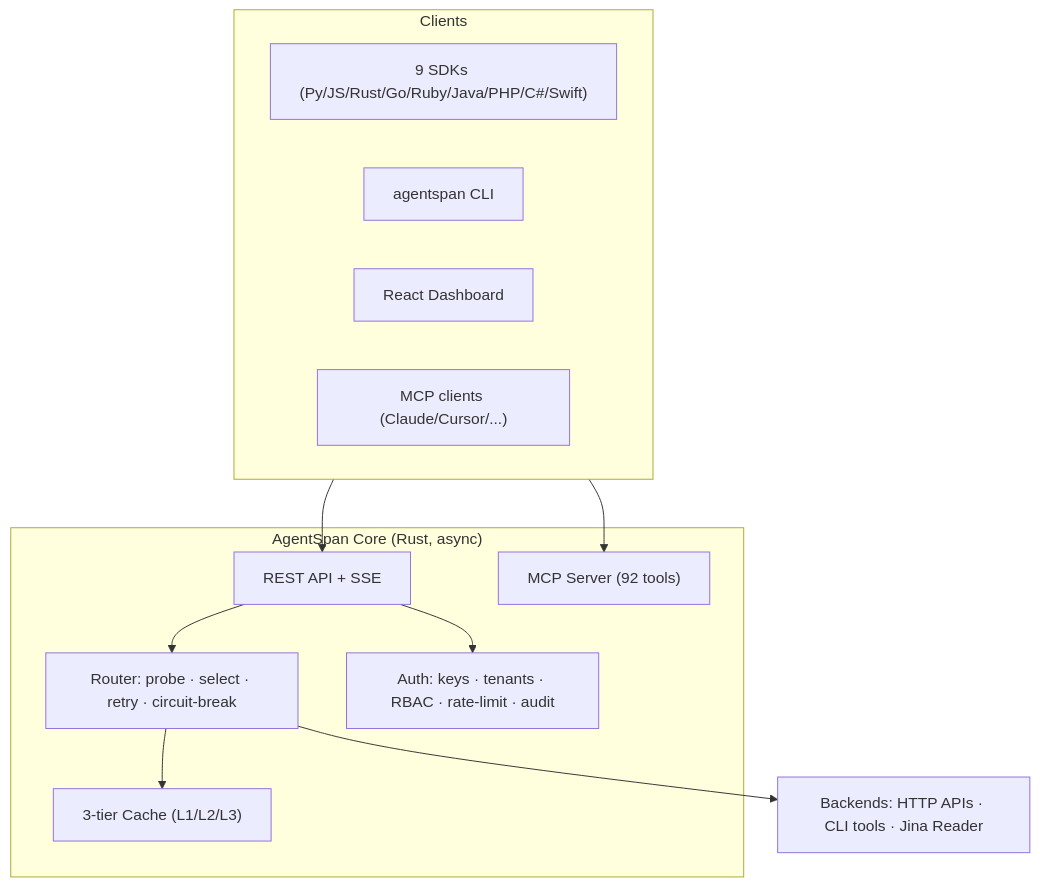
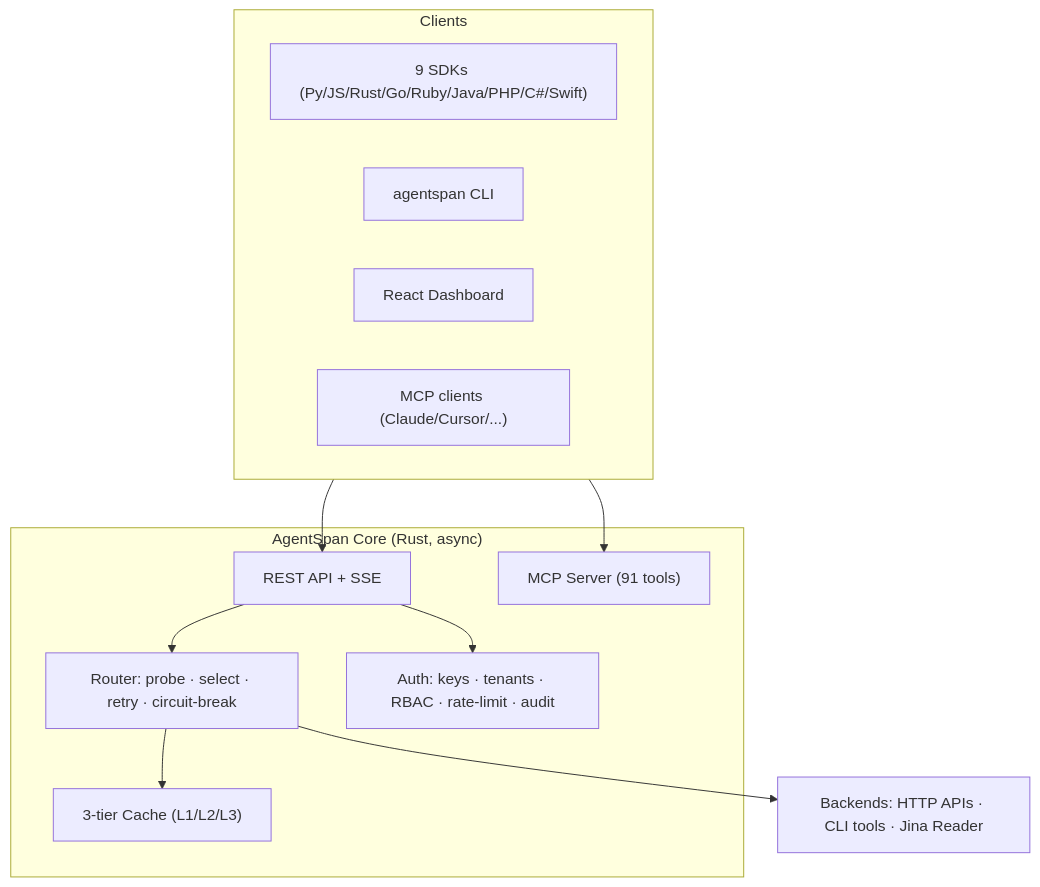
The diagram in README.md (oxbshw/Agent-Span), drawn with Mermaid before and after one commit. The commit also changed other lines of this file and 15 other files, not shown here.

````diff
--- a/README.md
+++ b/README.md
@@ -97,21 +97,21 @@
 ```mermaid
 flowchart TD
     subgraph Clients
       SDKs["9 SDKs (Py/JS/Rust/Go/Ruby/Java/PHP/C#/Swift)"]
       CLI["agentspan CLI"]
       Dash["React Dashboard"]
       MCP["MCP clients (Claude/Cursor/...)"]
     end
     subgraph Gateway["AgentSpan Core (Rust, async)"]
       API["REST API + SSE"]
-      MCPS["MCP Server (92 tools)"]
+      MCPS["MCP Server (91 tools)"]
       Router["Router: probe · select · retry · circuit-break"]
       Cache["3-tier Cache (L1/L2/L3)"]
       Auth["Auth: keys · tenants · RBAC · rate-limit · audit"]
     end
     Backends["Backends: HTTP APIs · CLI tools · Jina Reader"]
     Clients --> API & MCPS
     API --> Router --> Backends
     Router --> Cache
     API --> Auth
 ```
````
